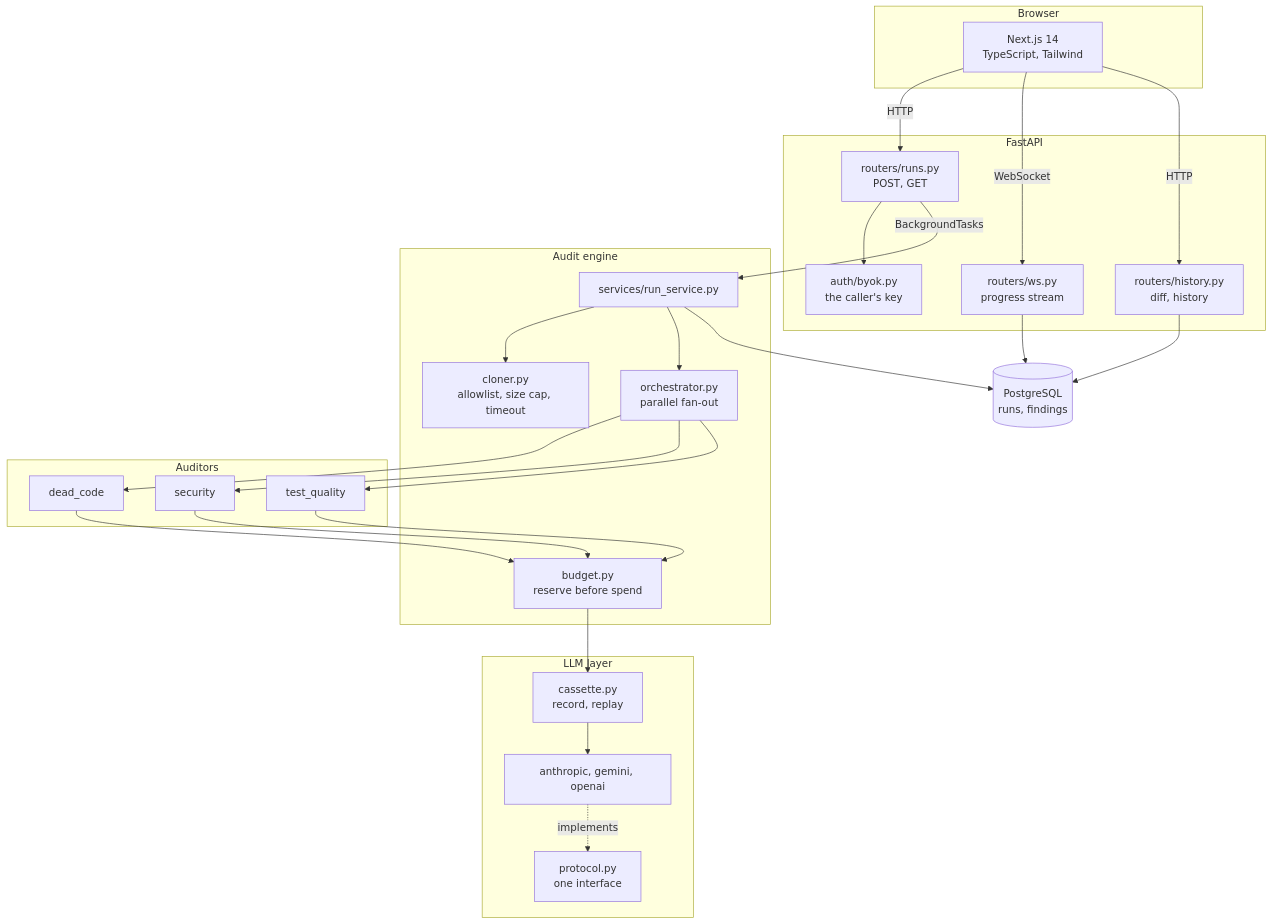
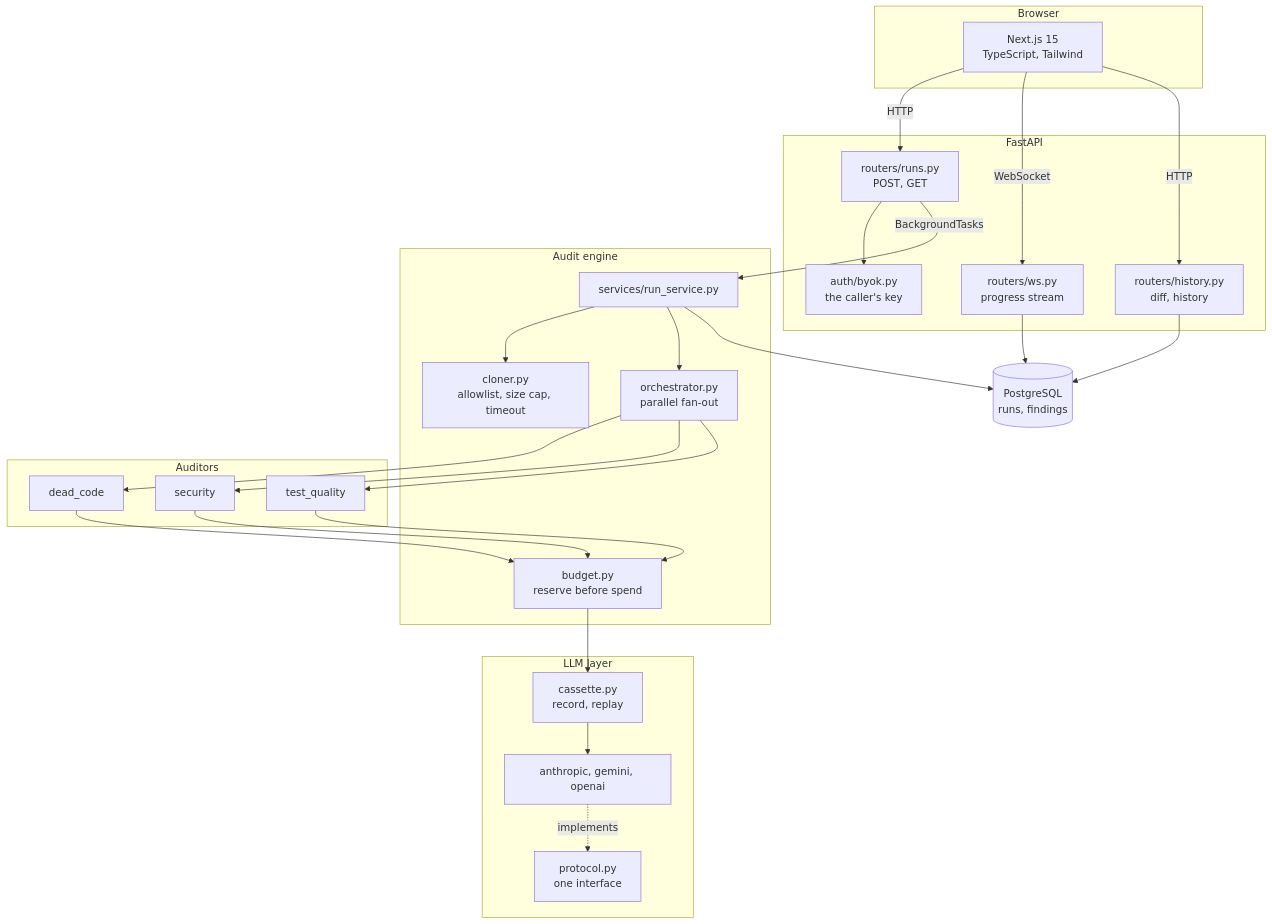
Before and after one commit to Aiatulla/Aiatulla: the first of 4 diagrams in REPO_RADAR.md, drawn with Mermaid. The commit also changed other lines of this file and 2 other files, not shown here.

````diff
--- a/REPO_RADAR.md
+++ b/REPO_RADAR.md
@@ -108,54 +110,54 @@
 ```mermaid
 flowchart TB
     subgraph client["Browser"]
-        UI["Next.js 14<br/>TypeScript, Tailwind"]
+        UI["Next.js 15<br/>TypeScript, Tailwind"]
     end
 
     subgraph api["FastAPI"]
         R["routers/runs.py<br/>POST, GET"]
         W["routers/ws.py<br/>progress stream"]
         H["routers/history.py<br/>diff, history"]
         B["auth/byok.py<br/>the caller's key"]
     end
 
     subgraph core["Audit engine"]
         S["services/run_service.py"]
         C["cloner.py<br/>allowlist, size cap, timeout"]
         O["orchestrator.py<br/>parallel fan-out"]
         G["budget.py<br/>reserve before spend"]
     end
 
     subgraph auditors["Auditors"]
         A1["dead_code"]
         A2["security"]
         A3["test_quality"]
     end
 
     subgraph llm["LLM layer"]
         P["protocol.py<br/>one interface"]
         CA["cassette.py<br/>record, replay"]
         PR["anthropic, gemini, openai"]
     end
 
     DB[("PostgreSQL<br/>runs, findings")]
 
     UI -->|HTTP| R
     UI -->|WebSocket| W
     UI -->|HTTP| H
     R --> B
     R -->|BackgroundTasks| S
     S --> C
     S --> O
     O --> A1
     O --> A2
     O --> A3
     A1 --> G
     A2 --> G
     A3 --> G
     G --> CA
     CA --> PR
     PR -.->|implements| P
     S --> DB
     W --> DB
     H --> DB
 ```
````
